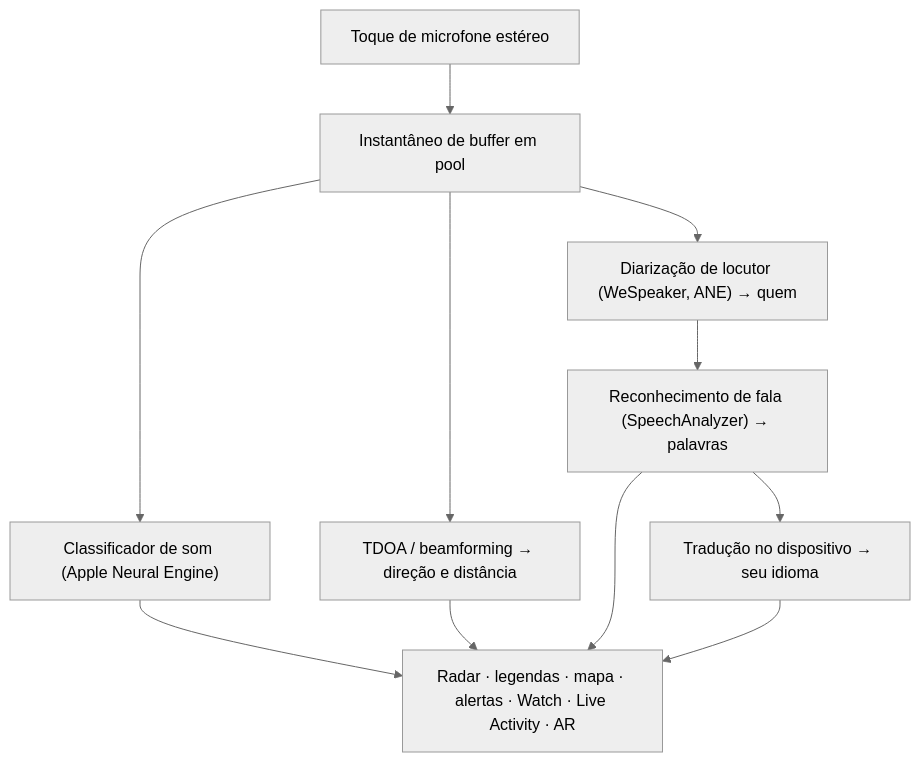
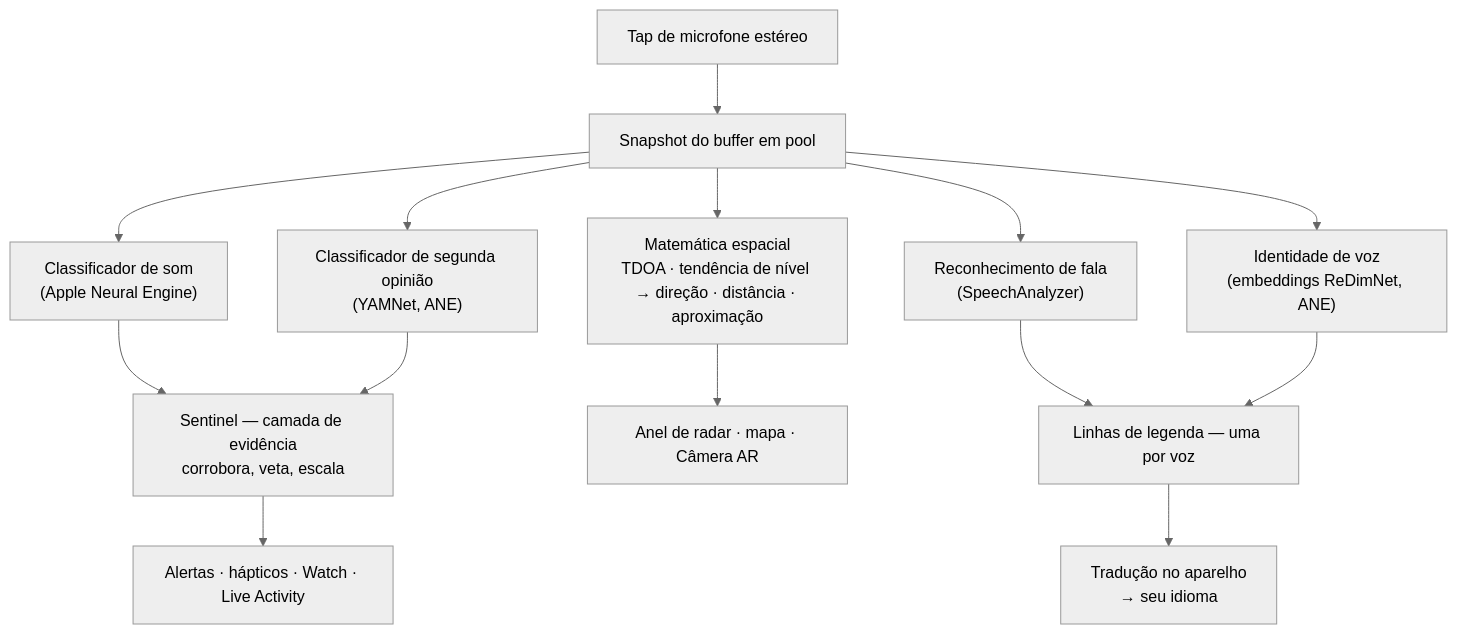
The second of 4 diagrams in README_pt-BR.md (rpalm01-star/VigilantEarLegal), drawn with Mermaid (neutral theme) before and after one commit. The commit also changed other lines of this file and 11 other files, not shown here.

````diff
--- a/README_pt-BR.md
+++ b/README_pt-BR.md
@@ -113,10 +124,16 @@
 ```mermaid
 graph TD
-    A["Toque de microfone estéreo"] --> B["Instantâneo de buffer em pool"]
-    B --> C["Classificador de som (Apple Neural Engine)"]
-    B --> D["TDOA / beamforming → direção e distância"]
-    B --> E["Diarização de locutor (WeSpeaker, ANE) → quem"]
-    E --> F["Reconhecimento de fala (SpeechAnalyzer) → palavras"]
-    F --> G["Tradução no dispositivo → seu idioma"]
-    C & D & F & G --> H["Radar · legendas · mapa · alertas · Watch · Live Activity · AR"]
+    A["Tap de microfone estéreo"] --> B["Snapshot do buffer em pool"]
+    B --> C["Classificador de som<br/>(Apple Neural Engine)"]
+    B --> Y["Classificador de segunda opinião<br/>(YAMNet, ANE)"]
+    C --> S["Sentinel — camada de evidência<br/>corrobora, veta, escala"]
+    Y --> S
+    S --> H["Alertas · hápticos · Watch · Live Activity"]
+    B --> D["Matemática espacial<br/>TDOA · tendência de nível → direção · distância · aproximação"]
+    D --> R["Anel de radar · mapa · Câmera AR"]
+    B --> F["Reconhecimento de fala<br/>(SpeechAnalyzer)"]
+    B --> E["Identidade de voz<br/>(embeddings ReDimNet, ANE)"]
+    F --> G["Linhas de legenda — uma por voz"]
+    E --> G
+    G --> T["Tradução no aparelho<br/>→ seu idioma"]
 ```
````
